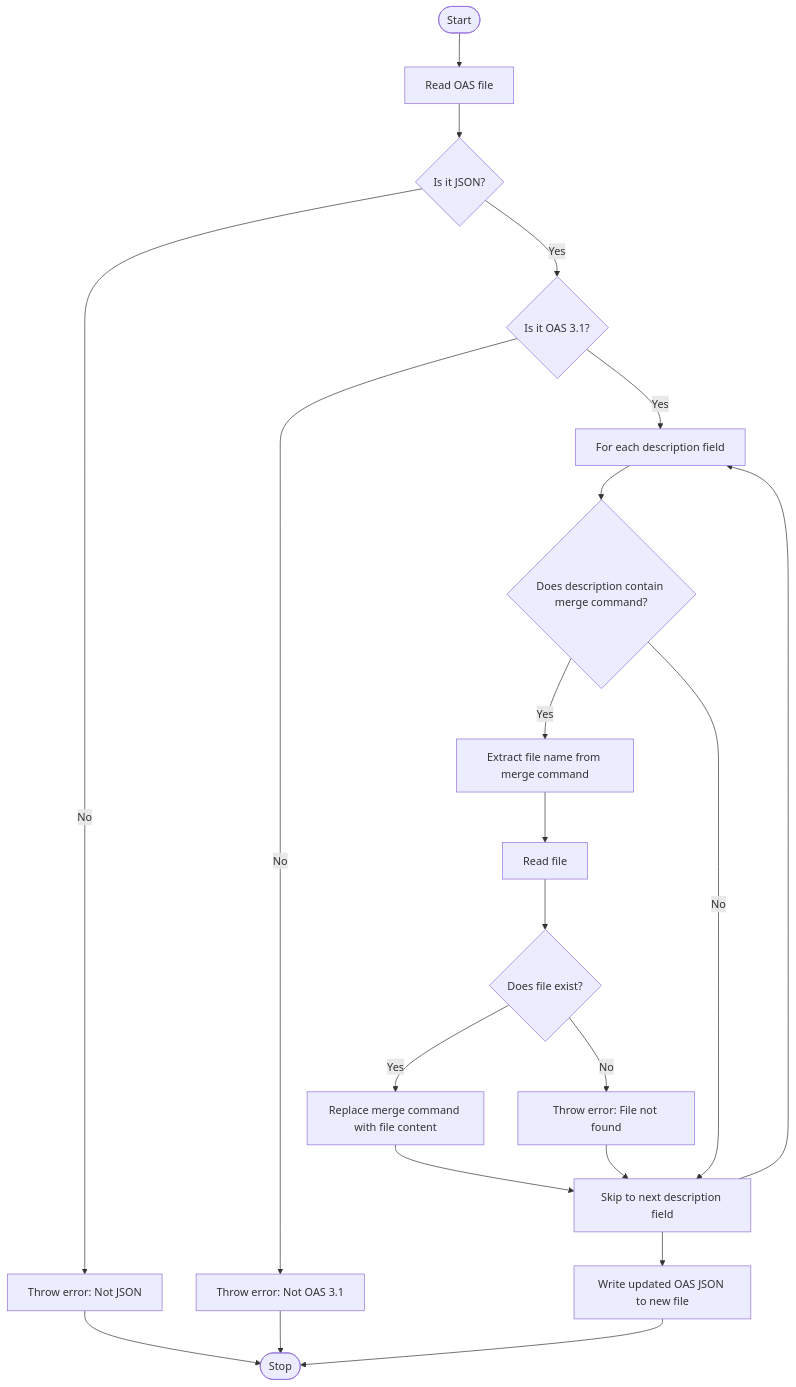
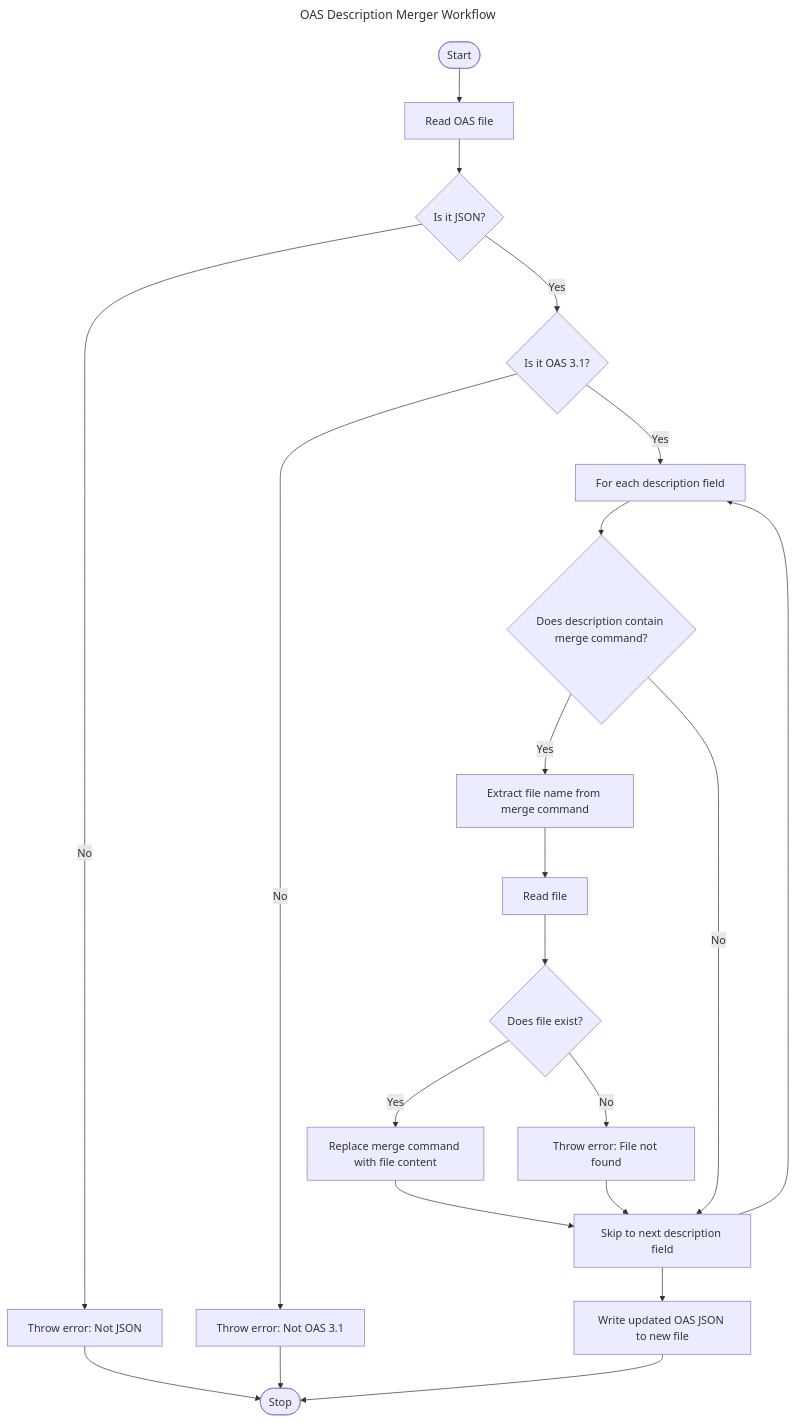
Before and after one commit to WhereJuly/60-1-oas-markdown-merger: the diagram in packages/utilities/description-merger/.docs/description-merger.flowchart.md, drawn with Mermaid.

Commit message:
[description-merger] Update (a&cd): flowchart

````diff
--- a/packages/utilities/description-merger/.docs/description-merger.flowchart.md
+++ b/packages/utilities/description-merger/.docs/description-merger.flowchart.md
@@ -1,24 +1,29 @@
 ```mermaid
+---
+title: OAS Description Merger Workflow
+---
+
 flowchart TD
   Start([Start])
   Stop([Stop])
   
   Start --> A[Read OAS file]
   A --> B{Is it JSON?}
   B -->|Yes| C{Is it OAS 3.1?}
   B -->|No| M[Throw error: Not JSON] --> Stop
   C -->|Yes| E[For each description field]
   C -->|No| F[Throw error: Not OAS 3.1] --> Stop
   E --> G{Does description contain merge command?}
   G -->|Yes| H[Extract file name from merge command]
   H --> I[Read file]
   I --> J{Does file exist?}
   J -->|Yes| K[Replace merge command with file content]
   J -->|No| L[Throw error: File not found]
   K --> M1[Continue to next description field]
   L --> M1
   G -->|No| M1[Skip to next description field]
   M1 --> E
   M1 --> N[Write updated OAS JSON to new file]
   N --> Stop
+
 ```
````
